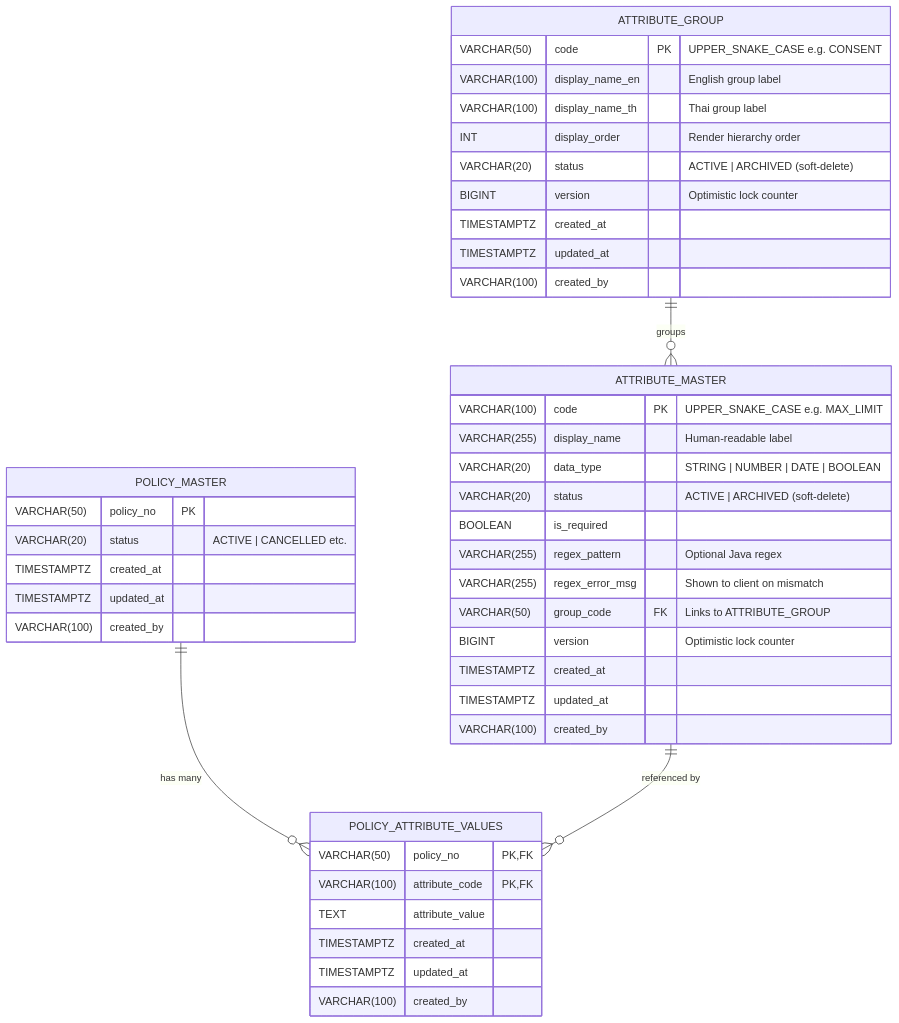
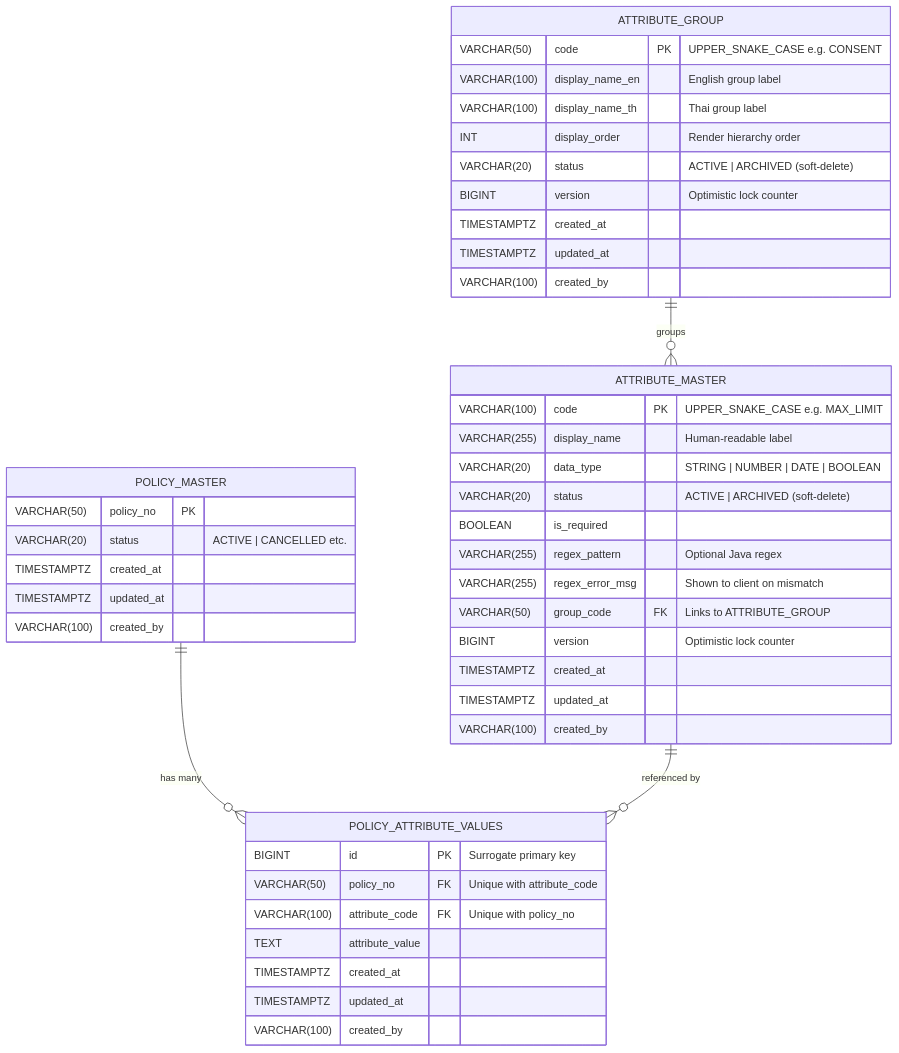
One commit to Kullapan/policy-attibute changed the first of 2 diagrams in README.md. Above: the diagram before and after it, drawn with Mermaid. The commit also changed other lines of this file and 44 other files, not shown here.

````diff
--- a/README.md
+++ b/README.md
@@ -104,51 +104,52 @@
 ```mermaid
 erDiagram
 
     ATTRIBUTE_GROUP {
         VARCHAR(50)     code            PK  "UPPER_SNAKE_CASE e.g. CONSENT"
         VARCHAR(100)    display_name_en     "English group label"
         VARCHAR(100)    display_name_th     "Thai group label"
         INT             display_order       "Render hierarchy order"
         VARCHAR(20)     status              "ACTIVE | ARCHIVED (soft-delete)"
         BIGINT          version             "Optimistic lock counter"
         TIMESTAMPTZ     created_at
         TIMESTAMPTZ     updated_at
         VARCHAR(100)    created_by
     }
 
     ATTRIBUTE_MASTER {
         VARCHAR(100)    code            PK  "UPPER_SNAKE_CASE e.g. MAX_LIMIT"
         VARCHAR(255)    display_name        "Human-readable label"
         VARCHAR(20)     data_type           "STRING | NUMBER | DATE | BOOLEAN"
         VARCHAR(20)     status              "ACTIVE | ARCHIVED (soft-delete)"
         BOOLEAN         is_required
         VARCHAR(255)    regex_pattern       "Optional Java regex"
         VARCHAR(255)    regex_error_msg     "Shown to client on mismatch"
         VARCHAR(50)     group_code      FK  "Links to ATTRIBUTE_GROUP"
         BIGINT          version             "Optimistic lock counter"
         TIMESTAMPTZ     created_at
         TIMESTAMPTZ     updated_at
         VARCHAR(100)    created_by
     }
 
     POLICY_MASTER {
         VARCHAR(50)     policy_no       PK
         VARCHAR(20)     status              "ACTIVE | CANCELLED etc."
         TIMESTAMPTZ     created_at
         TIMESTAMPTZ     updated_at
         VARCHAR(100)    created_by
     }
 
     POLICY_ATTRIBUTE_VALUES {
-        VARCHAR(50)     policy_no       PK,FK
-        VARCHAR(100)    attribute_code  PK,FK
+        BIGINT          id              PK  "Surrogate primary key"
+        VARCHAR(50)     policy_no       FK  "Unique with attribute_code"
+        VARCHAR(100)    attribute_code  FK  "Unique with policy_no"
         TEXT            attribute_value
         TIMESTAMPTZ     created_at
         TIMESTAMPTZ     updated_at
         VARCHAR(100)    created_by
     }
 
     POLICY_MASTER       ||--o{ POLICY_ATTRIBUTE_VALUES : "has many"
     ATTRIBUTE_MASTER    ||--o{ POLICY_ATTRIBUTE_VALUES : "referenced by"
     ATTRIBUTE_GROUP     ||--o{ ATTRIBUTE_MASTER        : "groups"
 ```
````
